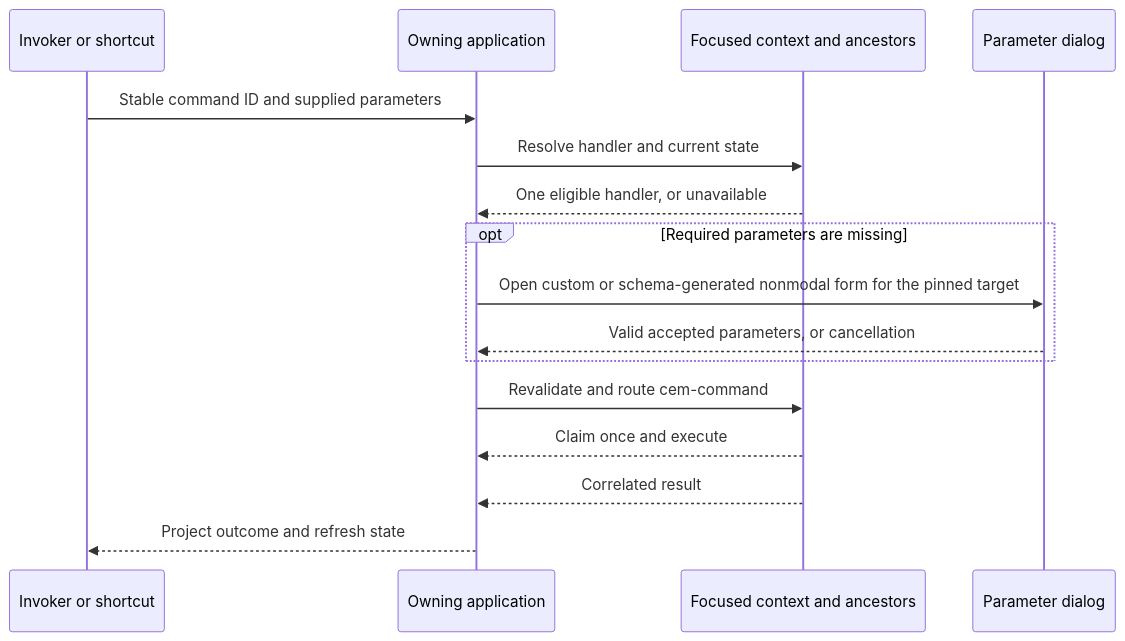
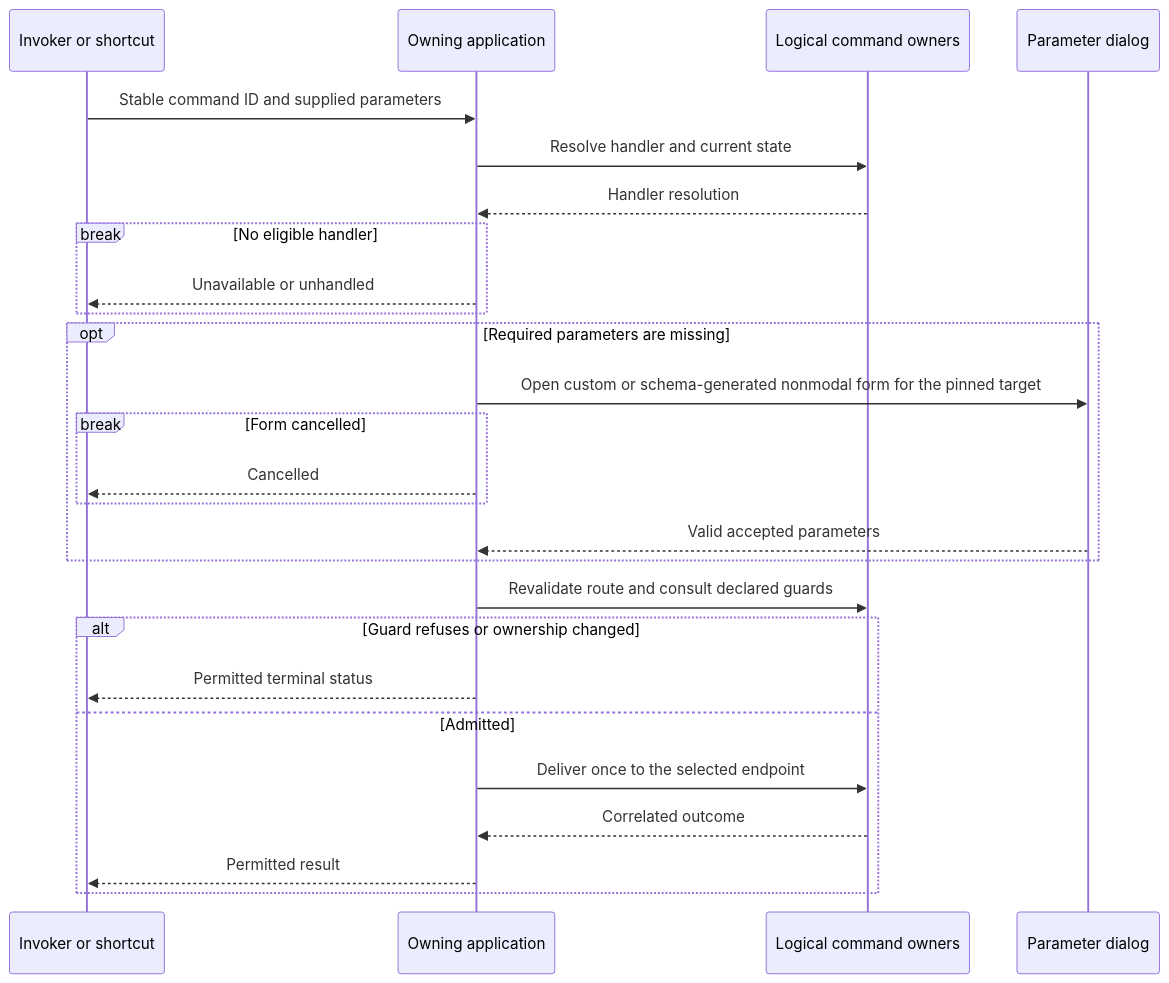
The diagram in packages/cem-components/docs/application.md (EPA-WG/cem), drawn with Mermaid before and after one commit. The commit also changed other lines of this file and 2 other files, not shown here.

Commit message:
docs: route commands through logical owners with scoped permissions

````diff
--- a/packages/cem-components/docs/application.md
+++ b/packages/cem-components/docs/application.md
@@ -762,18 +762,28 @@
 ```mermaid
 sequenceDiagram
     participant I as Invoker or shortcut
     participant A as Owning application
-    participant C as Focused context and ancestors
+    participant C as Logical command owners
     participant D as Parameter dialog
     I->>A: Stable command ID and supplied parameters
     A->>C: Resolve handler and current state
-    C-->>A: One eligible handler, or unavailable
+    C-->>A: Handler resolution
+    break No eligible handler
+        A-->>I: Unavailable or unhandled
+    end
     opt Required parameters are missing
         A->>D: Open custom or schema-generated nonmodal form for the pinned target
-        D-->>A: Valid accepted parameters, or cancellation
+        break Form cancelled
+            A-->>I: Cancelled
+        end
+        D-->>A: Valid accepted parameters
     end
-    A->>C: Revalidate and route cem-command
-    C-->>A: Claim once and execute
-    C-->>A: Correlated result
-    A-->>I: Project outcome and refresh state
+    A->>C: Revalidate route and consult declared guards
+    alt Guard refuses or ownership changed
+        A-->>I: Permitted terminal status
+    else Admitted
+        A->>C: Deliver once to the selected endpoint
+        C-->>A: Correlated outcome
+        A-->>I: Permitted result
+    end
 ```
````
